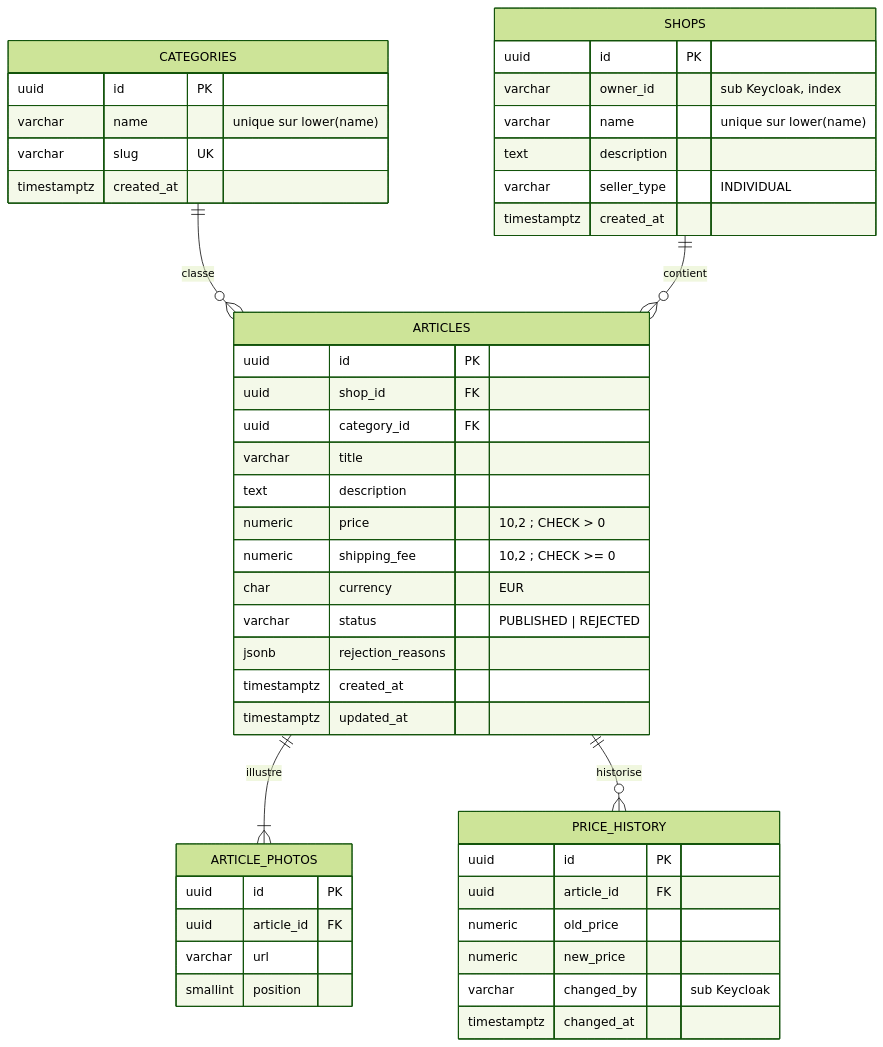
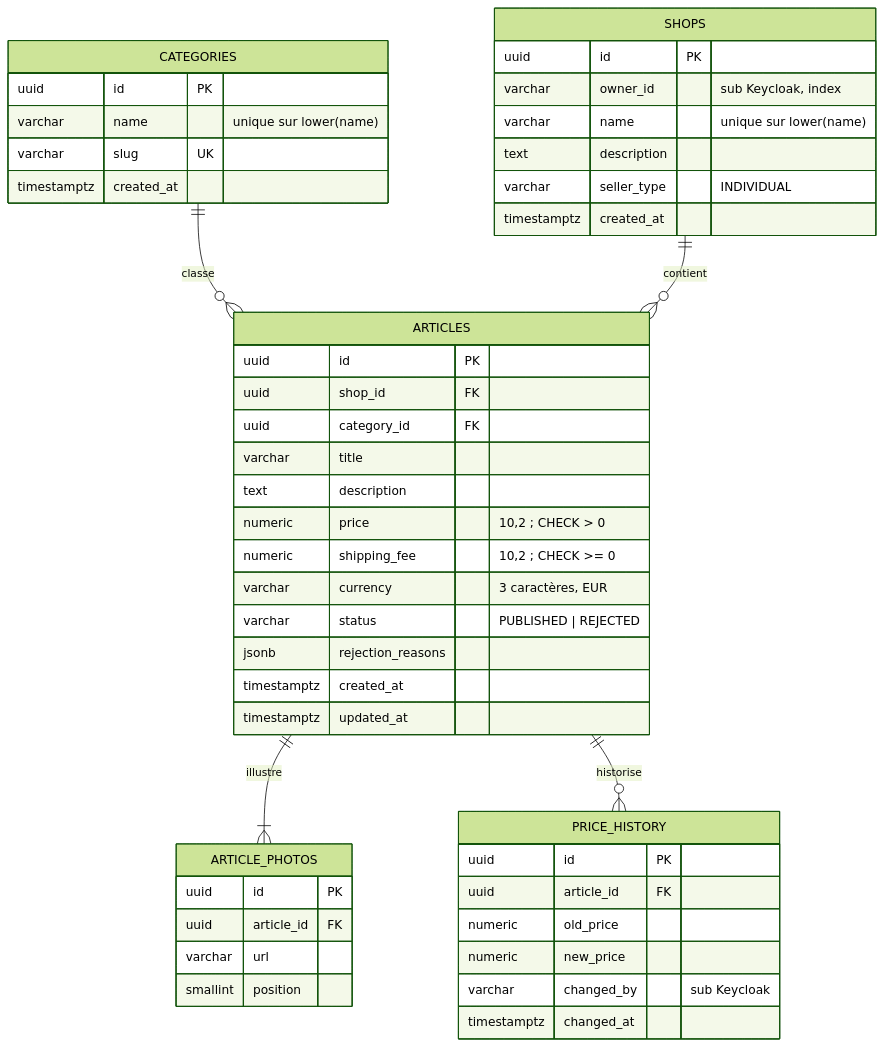
The second of 3 diagrams in docs/02-architecture/contrats.md (Luucaaas/collector-poc), drawn with Mermaid (forest theme) before and after one commit. The commit also changed other lines of this file and 22 other files, not shown here.

````diff
--- a/docs/02-architecture/contrats.md
+++ b/docs/02-architecture/contrats.md
@@ -342,51 +349,51 @@
 ```mermaid
 erDiagram
     %% id: donnees-catalog
     CATEGORIES ||--o{ ARTICLES : classe
     SHOPS ||--o{ ARTICLES : contient
     ARTICLES ||--|{ ARTICLE_PHOTOS : illustre
     ARTICLES ||--o{ PRICE_HISTORY : historise
 
     CATEGORIES {
         uuid id PK
         varchar name "unique sur lower(name)"
         varchar slug UK
         timestamptz created_at
     }
     SHOPS {
         uuid id PK
         varchar owner_id "sub Keycloak, index"
         varchar name "unique sur lower(name)"
         text description
         varchar seller_type "INDIVIDUAL"
         timestamptz created_at
     }
     ARTICLES {
         uuid id PK
         uuid shop_id FK
         uuid category_id FK
         varchar title
         text description
         numeric price "10,2 ; CHECK > 0"
         numeric shipping_fee "10,2 ; CHECK >= 0"
-        char currency "EUR"
+        varchar currency "3 caractères, EUR"
         varchar status "PUBLISHED | REJECTED"
         jsonb rejection_reasons
         timestamptz created_at
         timestamptz updated_at
     }
     ARTICLE_PHOTOS {
         uuid id PK
         uuid article_id FK
         varchar url
         smallint position
     }
     PRICE_HISTORY {
         uuid id PK
         uuid article_id FK
         numeric old_price
         numeric new_price
         varchar changed_by "sub Keycloak"
         timestamptz changed_at
     }
 ```
````
